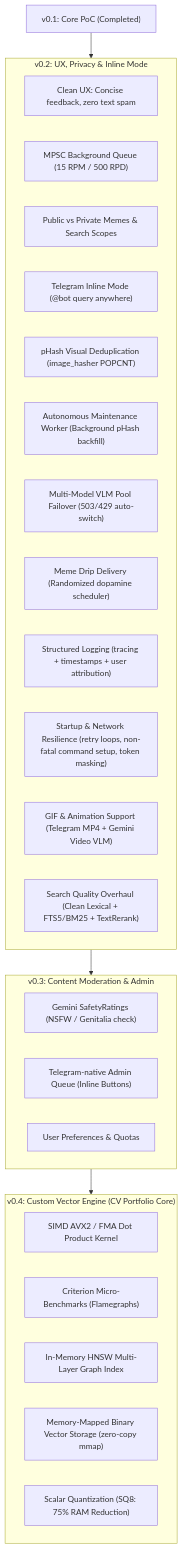
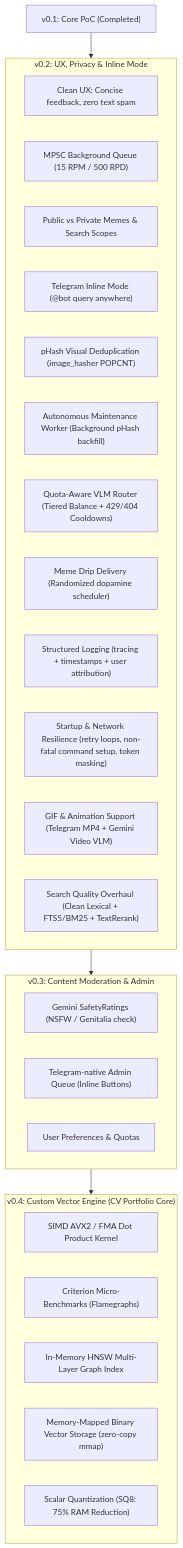
The first of 2 diagrams in ROADMAP.md (MykhailoRospopchuk/MnemosyneM), drawn with Mermaid before and after one commit. The commit also changed other lines of this file and 17 other files, not shown here.

````diff
--- a/ROADMAP.md
+++ b/ROADMAP.md
@@ -10,35 +10,35 @@
 ```mermaid
 flowchart TD
     M1["v0.1: Core PoC (Completed)"] --> M2["v0.2: UX, Rate-Limiting & Inline Mode"]
     M2 --> M3["v0.3: Content Moderation & Telegram Admin Panel"]
     M3 --> M4["v0.4: Custom Vector Engine from Scratch (HNSW + SIMD + mmap)"]
 
     subgraph M2 ["v0.2: UX, Privacy & Inline Mode"]
         UX["Clean UX: Concise feedback, zero text spam"]
         Queue["MPSC Background Queue (15 RPM / 500 RPD)"]
         Privacy["Public vs Private Memes & Search Scopes"]
         Inline["Telegram Inline Mode (@bot query anywhere)"]
         pHash["pHash Visual Deduplication (image_hasher POPCNT)"]
         Maintenance["Autonomous Maintenance Worker (Background pHash backfill)"]
-        VlmPool["Multi-Model VLM Pool Failover (503/429 auto-switch)"]
+        VlmPool["Quota-Aware VLM Router (Tiered Balance + 429/404 Cooldowns)"]
         Drip["Meme Drip Delivery (Randomized dopamine scheduler)"]
         Logging["Structured Logging (tracing + timestamps + user attribution)"]
         Resilience["Startup & Network Resilience (retry loops, non-fatal command setup, token masking)"]
         GIFs["GIF & Animation Support (Telegram MP4 + Gemini Video VLM)"]
         Search["Search Quality Overhaul (Clean Lexical + FTS5/BM25 + TextRerank)"]
     end
 
     subgraph M3 ["v0.3: Content Moderation & Admin"]
         GeminiSafety["Gemini SafetyRatings (NSFW / Genitalia check)"]
         AdminTG["Telegram-native Admin Queue (Inline Buttons)"]
         UserMgmt["User Preferences & Quotas"]
     end
 
     subgraph M4 ["v0.4: Custom Vector Engine (CV Portfolio Core)"]
         SIMD["SIMD AVX2 / FMA Dot Product Kernel"]
         Criterion["Criterion Micro-Benchmarks (Flamegraphs)"]
         HNSW["In-Memory HNSW Multi-Layer Graph Index"]
         Mmap["Memory-Mapped Binary Vector Storage (zero-copy mmap)"]
         SQ8["Scalar Quantization (SQ8: 75% RAM Reduction)"]
     end
 ```
````
